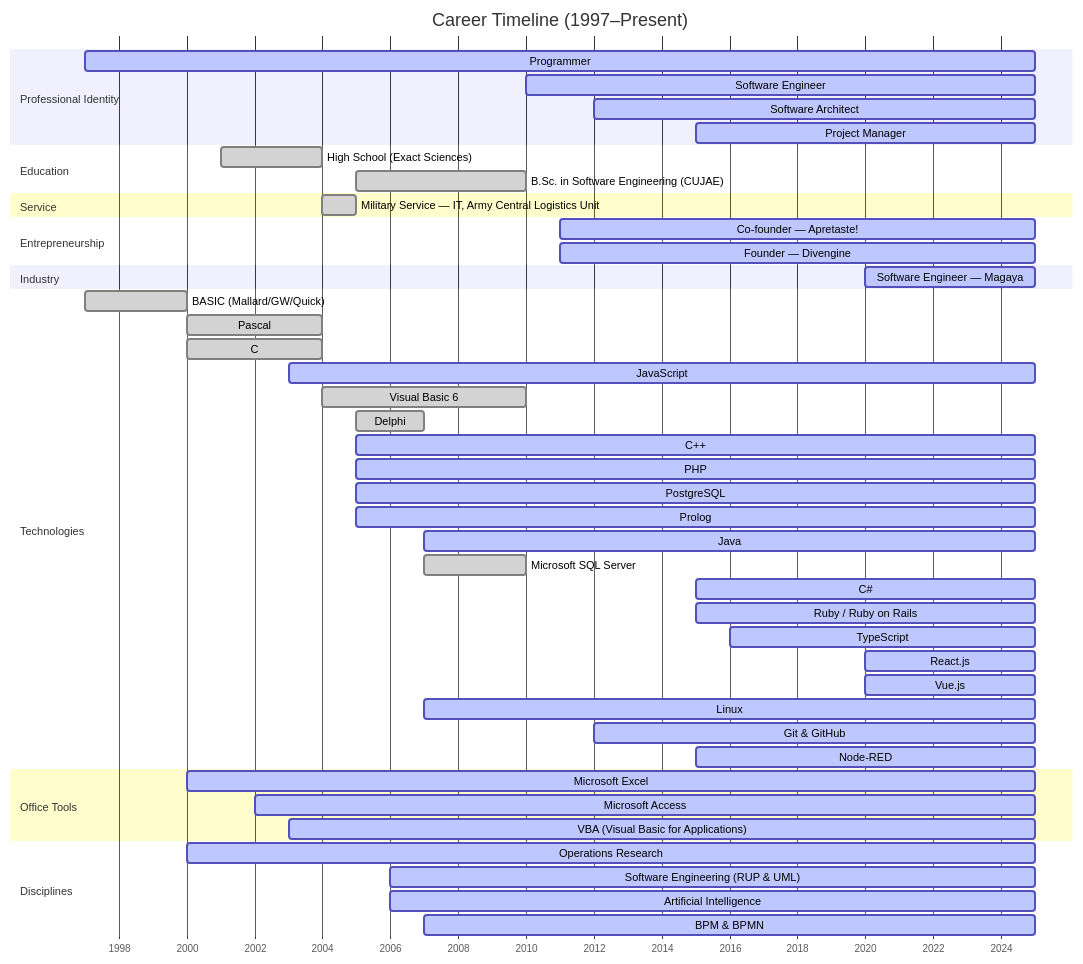
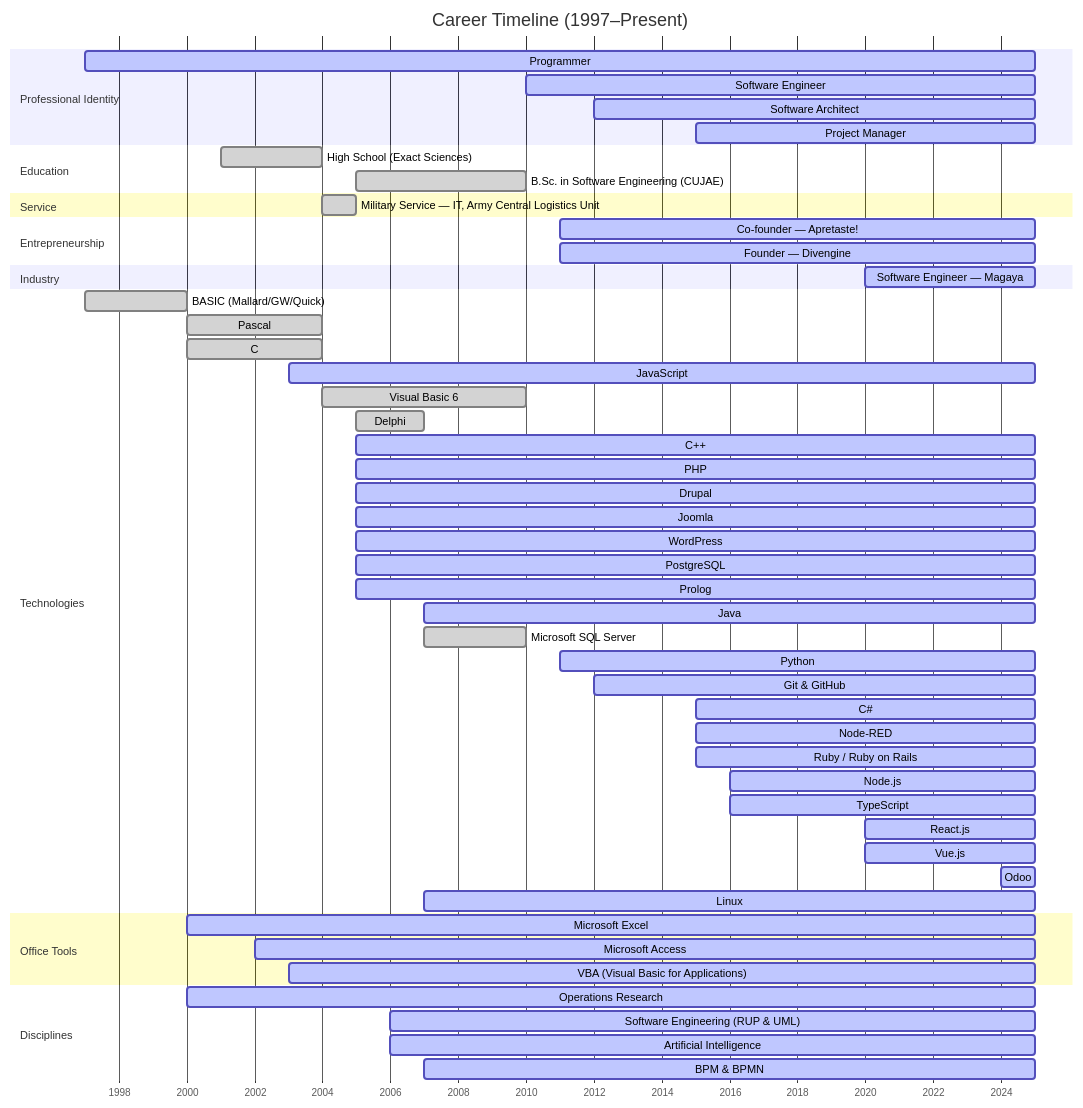
Before and after one commit to rafageist/rafageist: the diagram in README.md, drawn with Mermaid.

````diff
--- a/README.md
+++ b/README.md
@@ -25,60 +25,66 @@
 ```mermaid
 gantt
   dateFormat  YYYY
   axisFormat  %Y
   title  Career Timeline (1997–Present)
   todayMarker on
 
   section Professional Identity
   Programmer                                :active, se, 1997, 2025
   Software Engineer                         :active, se, 2010, 2025
   Software Architect                        :active, sa, 2012, 2025
   Project Manager                           :active, pm, 2015, 2025
 
   section Education
   High School (Exact Sciences)              :done,  hs, 2001, 2004
   B.Sc. in Software Engineering (CUJAE)     :done,  bs, 2005, 2010
 
   section Service
   Military Service — IT, Army Central Logistics Unit :done, mil, 2004, 2005
 
   section Entrepreneurship
   Co-founder — Apretaste!                   :active, ap, 2011, 2025
   Founder — Divengine                       :active, de, 2011, 2025
 
   section Industry
   Software Engineer — Magaya                :active, mg, 2020, 2025
 
   section Technologies
   BASIC (Mallard/GW/Quick)                  :done,   bas, 1997, 2000
   Pascal                                    :done,   pas, 2000, 2004
   C                                         :done,   c,   2000, 2004
   JavaScript                                :active, js,  2003, 2025
   Visual Basic 6                            :done,   vb6, 2004, 2010
   Delphi                                    :done,   del, 2005, 2007
   C++                                       :active, cpp, 2005, 2025
   PHP                                       :active, php, 2005, 2025
+  Drupal                                    :active, drp, 2005, 2025
+  Joomla                                    :active, jml, 2005, 2025
+  WordPress                                 :active, wp,  2005, 2025
   PostgreSQL                                :active, pg,  2005, 2025
   Prolog                                    :active, pl,  2005, 2025
   Java                                      :active, jav, 2007, 2025
   Microsoft SQL Server                      :done,   mss, 2007, 2010
+  Python                                    :active, py,  2011, 2025
+  Git & GitHub                              :active, git, 2012, 2025
   C#                                        :active, cs,  2015, 2025
+  Node-RED                                  :active, nrd, 2015, 2025
   Ruby / Ruby on Rails                      :active, rb,  2015, 2025
+  Node.js                                   :active, ndj, 2016, 2025
   TypeScript                                :active, ts,  2016, 2025
   React.js                                  :active, rjs, 2020, 2025
   Vue.js                                    :active, vjs, 2020, 2025
+  Odoo                                      :active, odd, 2024, 2025
   Linux                                     :active, lin, 2007, 2025
-  Git & GitHub                              :active, git, 2012, 2025
-  Node-RED                                  :active, nrd, 2015, 2025
 
   section Office Tools
   Microsoft Excel                           :active, xls, 2000, 2025
   Microsoft Access                          :active, acc, 2002, 2025
   VBA (Visual Basic for Applications)       :active, vba, 2003, 2025
 
   section Disciplines
   Operations Research                       :active, or,  2000, 2025
   Software Engineering (RUP & UML)          :active, rup, 2006, 2025
   Artificial Intelligence                   :active, ai,  2006, 2025
   BPM & BPMN                                :active, bpm, 2007, 2025
 ```
````
